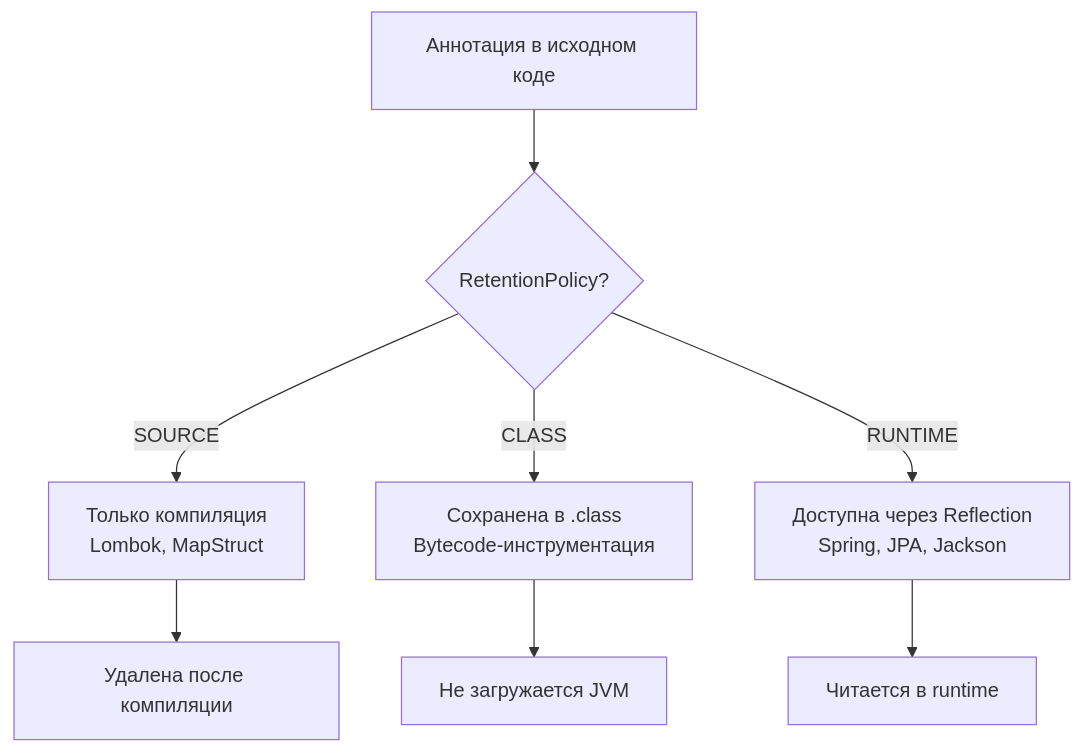
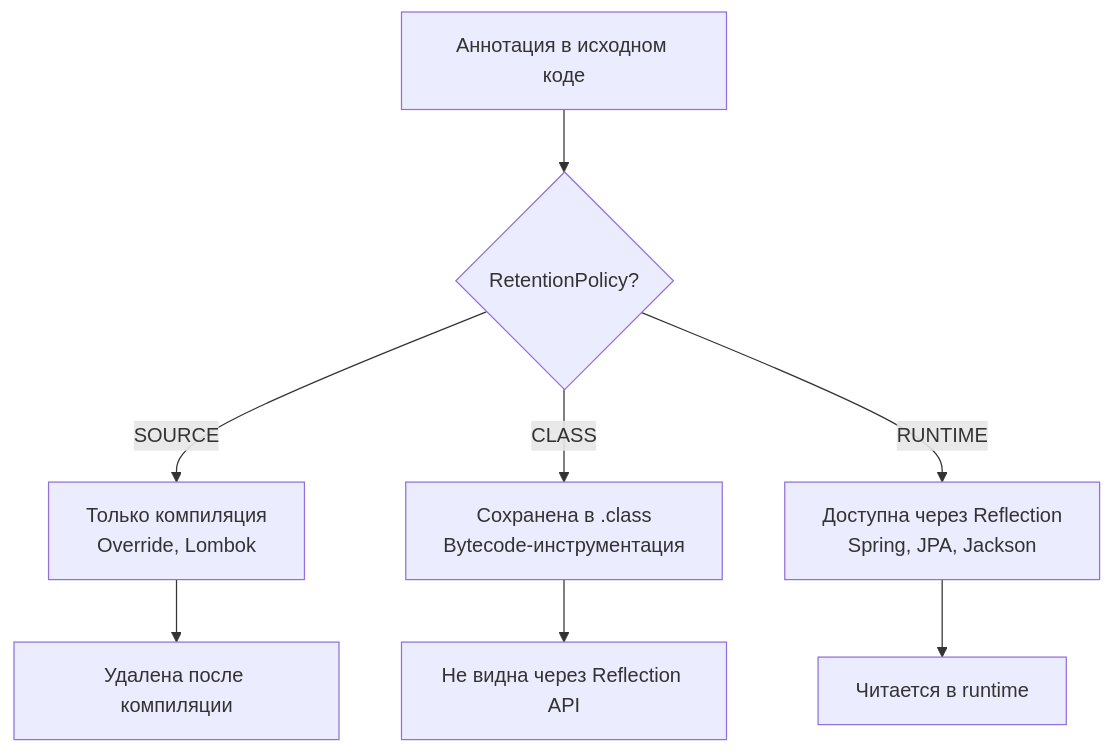
The first of 5 diagrams in cheatsheets/interview/programming-languages/java/java-annotations-interview.md (akeverus/cheat-sheet), drawn with Mermaid before and after one commit. The commit also changed other lines of this file and 154 other files, not shown here.

````diff
--- a/cheatsheets/interview/programming-languages/java/java-annotations-interview.md
+++ b/cheatsheets/interview/programming-languages/java/java-annotations-interview.md
@@ -114,10 +114,10 @@
 ```mermaid
 graph TD
     A["Аннотация в исходном коде"] --> B{"RetentionPolicy?"}
-    B -->|SOURCE| C["Только компиляция<br/>Lombok, MapStruct"]
+    B -->|SOURCE| C["Только компиляция<br/>Override, Lombok"]
     B -->|CLASS| D["Сохранена в .class<br/>Bytecode-инструментация"]
     B -->|RUNTIME| E["Доступна через Reflection<br/>Spring, JPA, Jackson"]
     C --> F["Удалена после компиляции"]
-    D --> G["Не загружается JVM"]
+    D --> G["Не видна через Reflection API"]
     E --> H["Читается в runtime"]
 ```
````
